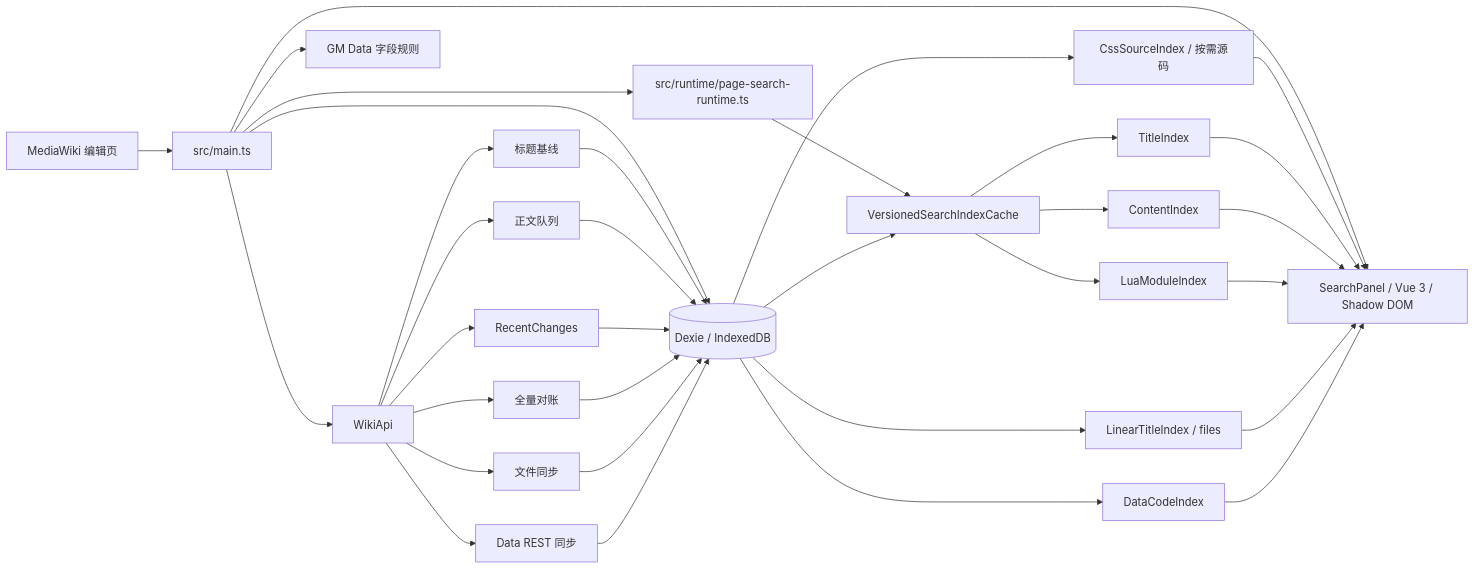
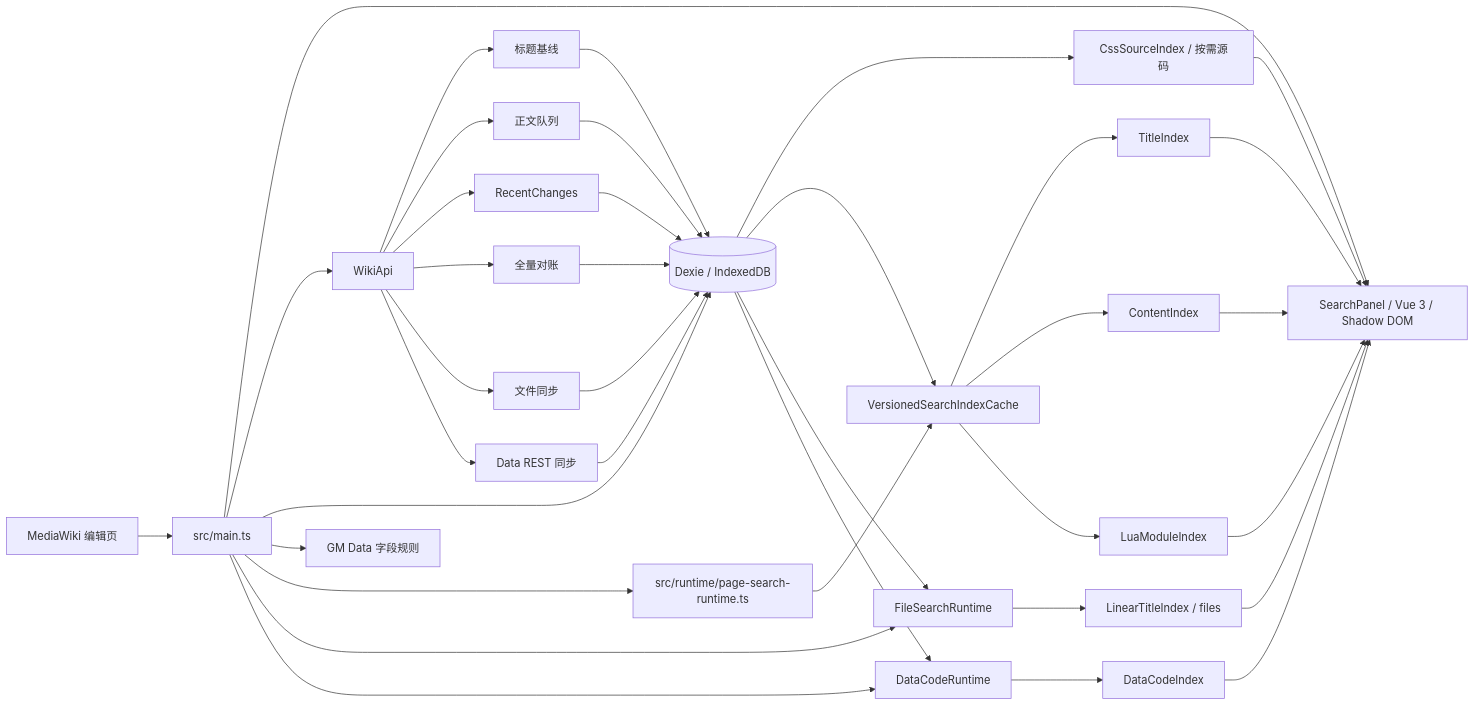
One commit to CUWikiBotCN/cu-wiki-search-companion changed the first of 2 diagrams in ARCHITECTURE.md. Above: the diagram before and after it, drawn with Mermaid. The commit also changed other lines of this file and 36 other files, not shown here.

```diff
--- a/ARCHITECTURE.md
+++ b/ARCHITECTURE.md
@@ -22,39 +22,41 @@
 ~~~mermaid
 flowchart LR
   MW[MediaWiki 编辑页] --> Entry[src/main.ts]
   Entry --> UI[SearchPanel / Vue 3 / Shadow DOM]
   Entry --> API[WikiApi]
   Entry --> DB[(Dexie / IndexedDB)]
   Entry --> Pref[GM Data 字段规则]
   Entry --> PageRuntime[src/runtime/page-search-runtime.ts]
   PageRuntime --> Cache[VersionedSearchIndexCache]
 
   API --> TitleSync[标题基线]
   API --> ContentSync[正文队列]
   API --> RC[RecentChanges]
   API --> Recon[全量对账]
   API --> FileSync[文件同步]
   API --> DataSync[Data REST 同步]
 
   TitleSync --> DB
   ContentSync --> DB
   RC --> DB
   Recon --> DB
   FileSync --> DB
   DataSync --> DB
 
   DB --> CssIndex[CssSourceIndex / 按需源码]
   DB --> Cache[VersionedSearchIndexCache]
   Cache --> TitleIndex[TitleIndex]
   Cache --> ContentIndex[ContentIndex]
   Cache --> LuaIndex[LuaModuleIndex]
-  DB --> FileIndex[LinearTitleIndex / files]
-  DB --> DataIndex[DataCodeIndex]
+  Entry --> FileRuntime[FileSearchRuntime]
+  Entry --> DataRuntime[DataCodeRuntime]
+  DB --> FileRuntime --> FileIndex[LinearTitleIndex / files]
+  DB --> DataRuntime --> DataIndex[DataCodeIndex]
 
   CssIndex --> UI
   TitleIndex --> UI
   ContentIndex --> UI
   LuaIndex --> UI
   FileIndex --> UI
   DataIndex --> UI
 ~~~
```
